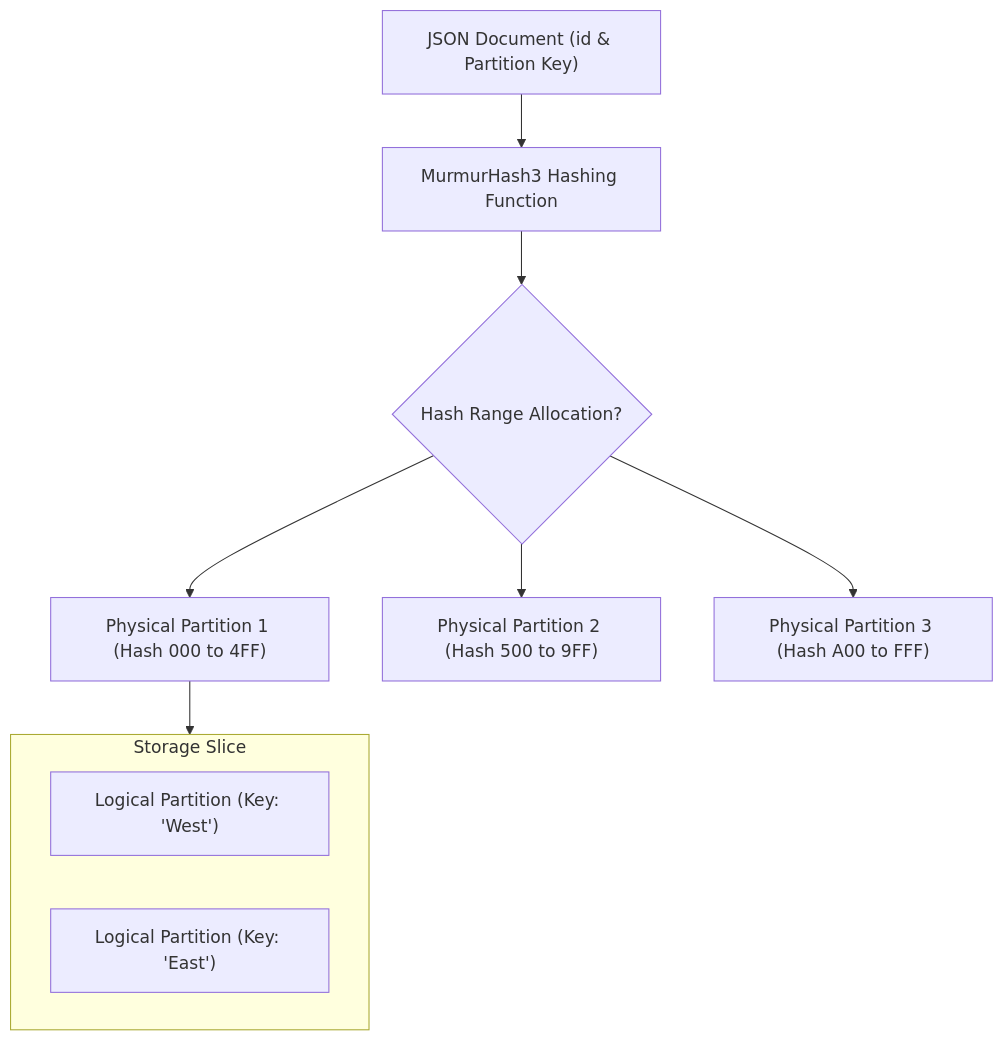
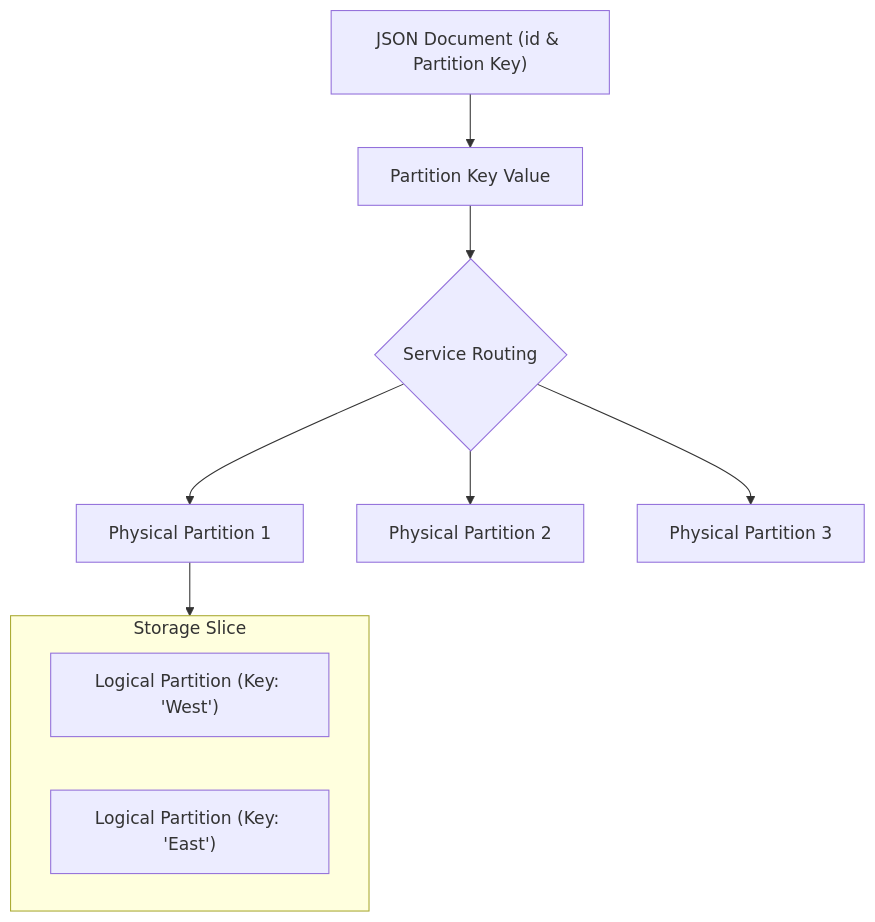
One commit to senlinyy/dev-roadmaps changed the first of 2 diagrams in cloud-providers/azure/storage-databases/cosmos-db.md. Above: the diagram before and after it, drawn with Mermaid. The commit also changed other lines of this file and 530 other files, not shown here.

````diff
--- a/cloud-providers/azure/storage-databases/cosmos-db.md
+++ b/cloud-providers/azure/storage-databases/cosmos-db.md
@@ -48,14 +48,14 @@
 ```mermaid
 flowchart TD
-    Doc["JSON Document (id & Partition Key)"] --> Hash["MurmurHash3 Hashing Function"]
-    Hash --> Range{"Hash Range Allocation?"}
-    Range --> P1["Physical Partition 1 (Hash 000 to 4FF)"]
-    Range --> P2["Physical Partition 2 (Hash 500 to 9FF)"]
-    Range --> P3["Physical Partition 3 (Hash A00 to FFF)"]
+    Doc["JSON Document (id & Partition Key)"] --> Key["Partition Key Value"]
+    Key --> Route{"Service Routing"}
+    Route --> P1["Physical Partition 1"]
+    Route --> P2["Physical Partition 2"]
+    Route --> P3["Physical Partition 3"]
 
     subgraph P1Data["Storage Slice"]
         L1["Logical Partition (Key: 'West')"]
         L2["Logical Partition (Key: 'East')"]
     end
     P1 --> P1Data
 ```
````
